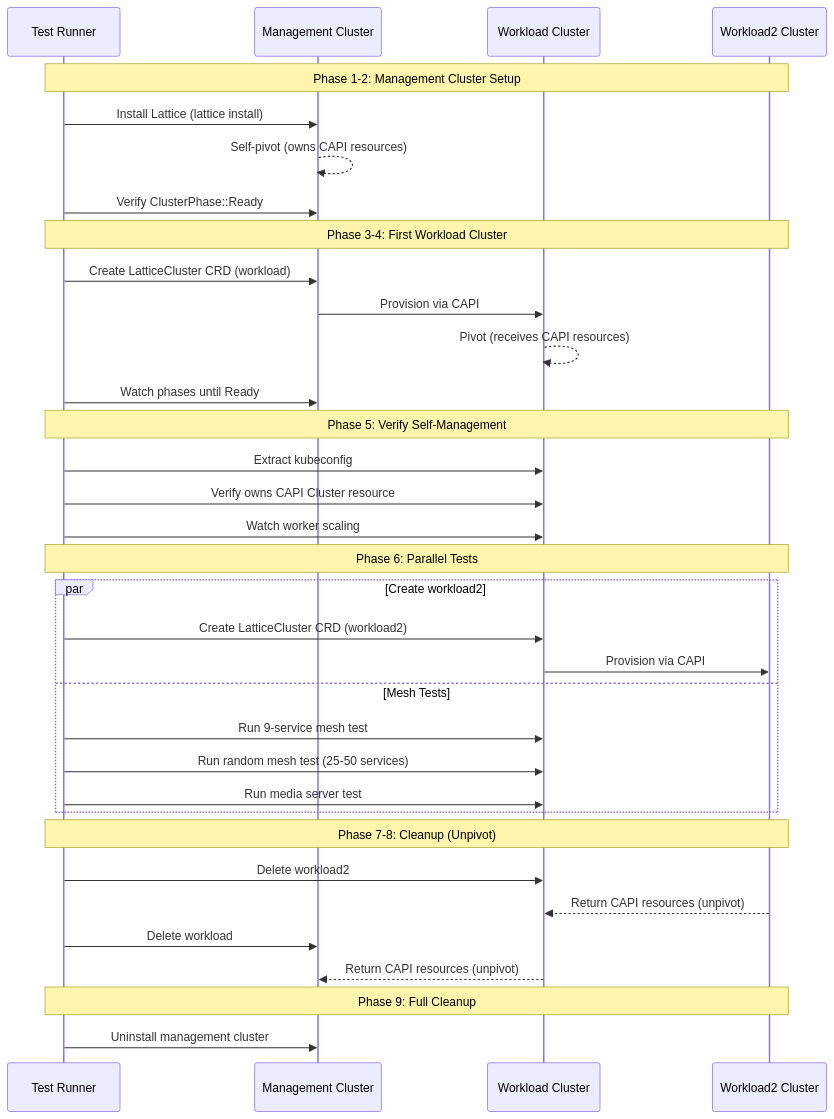
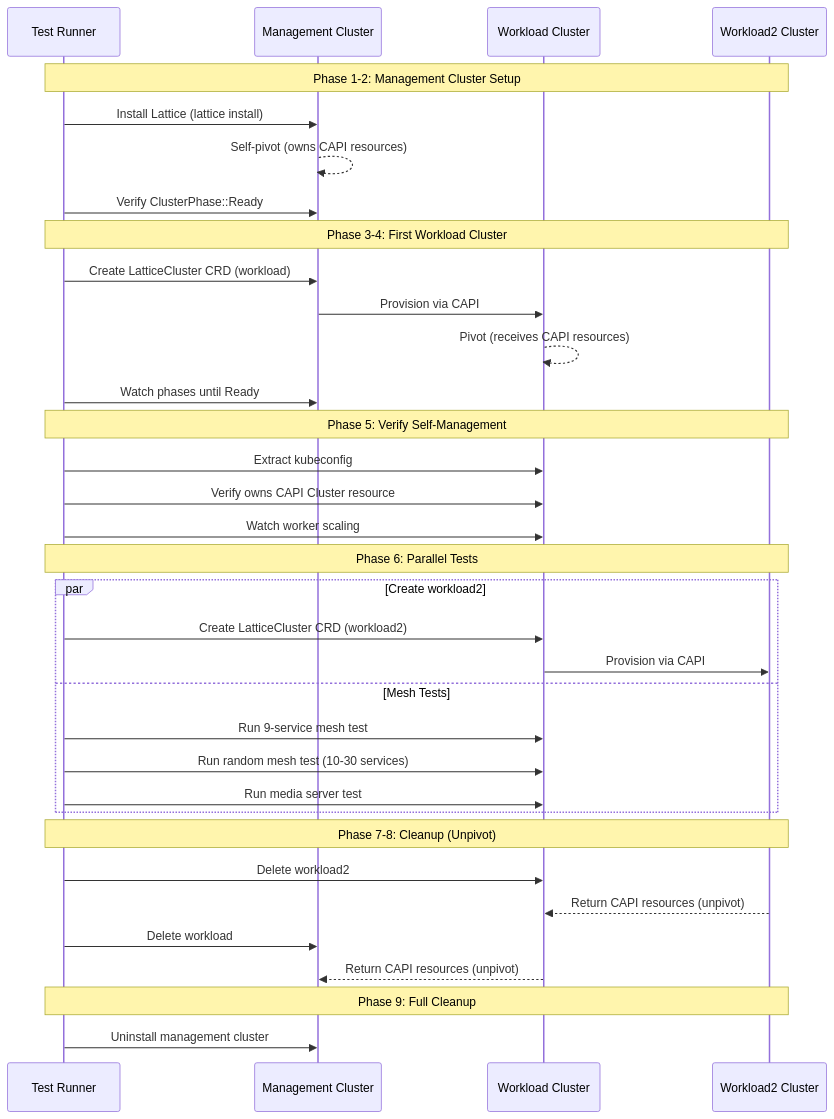
The second of 19 diagrams in docs/e2e-tests.md (evan-hines-js/lattice), drawn with Mermaid before and after one commit. The commit also changed other lines of this file and 6 other files, not shown here.

Commit message:
Fix Mermaid syntax in e2e-tests.md

````diff
--- a/docs/e2e-tests.md
+++ b/docs/e2e-tests.md
@@ -67,42 +72,42 @@
 ```mermaid
 sequenceDiagram
     participant T as Test Runner
     participant M as Management Cluster
     participant W1 as Workload Cluster
     participant W2 as Workload2 Cluster
 
     Note over T,W2: Phase 1-2: Management Cluster Setup
     T->>M: Install Lattice (lattice install)
     M-->>M: Self-pivot (owns CAPI resources)
     T->>M: Verify ClusterPhase::Ready
 
     Note over T,W2: Phase 3-4: First Workload Cluster
     T->>M: Create LatticeCluster CRD (workload)
     M->>W1: Provision via CAPI
     W1-->>W1: Pivot (receives CAPI resources)
     T->>M: Watch phases until Ready
 
     Note over T,W2: Phase 5: Verify Self-Management
     T->>W1: Extract kubeconfig
     T->>W1: Verify owns CAPI Cluster resource
     T->>W1: Watch worker scaling
 
     Note over T,W2: Phase 6: Parallel Tests
     par Create workload2
         T->>W1: Create LatticeCluster CRD (workload2)
         W1->>W2: Provision via CAPI
     and Mesh Tests
         T->>W1: Run 9-service mesh test
-        T->>W1: Run random mesh test (25-50 services)
+        T->>W1: Run random mesh test (10-30 services)
         T->>W1: Run media server test
     end
 
     Note over T,W2: Phase 7-8: Cleanup (Unpivot)
     T->>W1: Delete workload2
     W2-->>W1: Return CAPI resources (unpivot)
     T->>M: Delete workload
     W1-->>M: Return CAPI resources (unpivot)
 
     Note over T,W2: Phase 9: Full Cleanup
     T->>M: Uninstall management cluster
 ```
````
